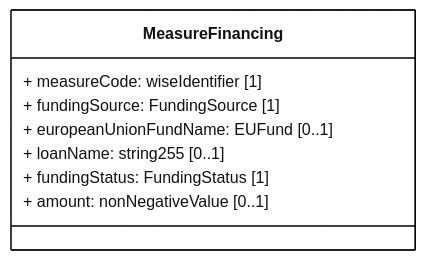
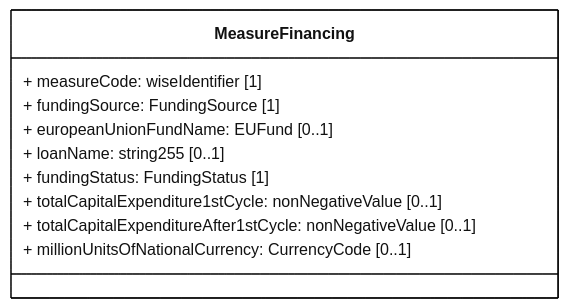
Before and after one commit to eeadata/WISE.UWWTD.Documentation: the diagram in docs/rUWWTD2024/Article23/mmd/Article23_MeasureFinancing_ClassDiagram.mmd, drawn with Mermaid. The commit also changed 17 other files, not shown here.

First line of the commit message:
Report capital expenditure per source of financing, as in the WFD

```diff
--- a/docs/rUWWTD2024/Article23/mmd/Article23_MeasureFinancing_ClassDiagram.mmd
+++ b/docs/rUWWTD2024/Article23/mmd/Article23_MeasureFinancing_ClassDiagram.mmd
@@ -1,21 +1,23 @@
 ---
 config:
   class:
     hideEmptyMembersBox: true
   layout: dagre
   theme: neutral
 ---
 classDiagram
 direction LR
 
 class MeasureFinancing{
     + measureCode: wiseIdentifier [1]
     + fundingSource: FundingSource [1]
     + europeanUnionFundName: EUFund [0..1]
     + loanName: string255 [0..1]
     + fundingStatus: FundingStatus [1]
-    + amount: nonNegativeValue [0..1]
+    + totalCapitalExpenditure1stCycle: nonNegativeValue [0..1]
+    + totalCapitalExpenditureAfter1stCycle: nonNegativeValue [0..1]
+    + millionUnitsOfNationalCurrency: CurrencyCode [0..1]
 }
 
 classDef default fill:white,stroke:#000;
 classDef forFixing fill:white,stroke:#f00;
```
